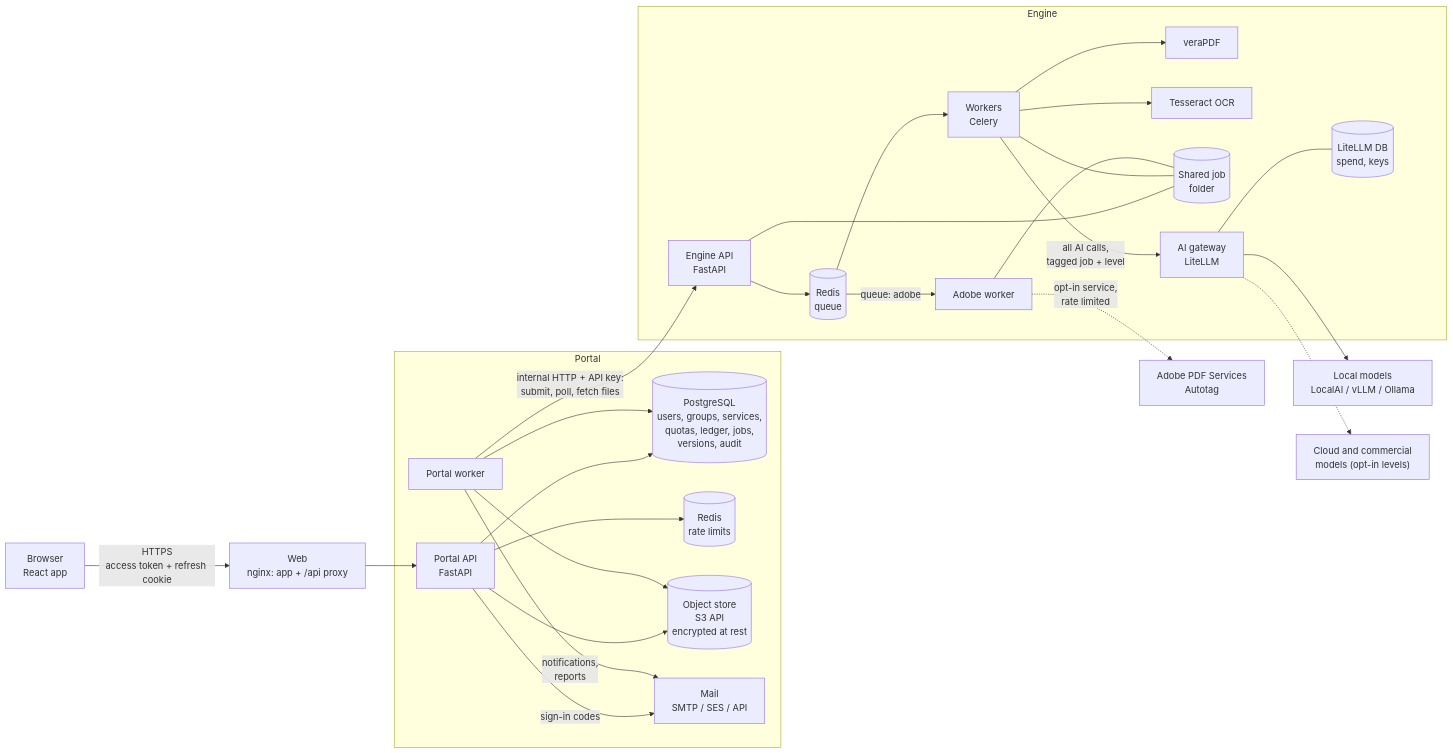
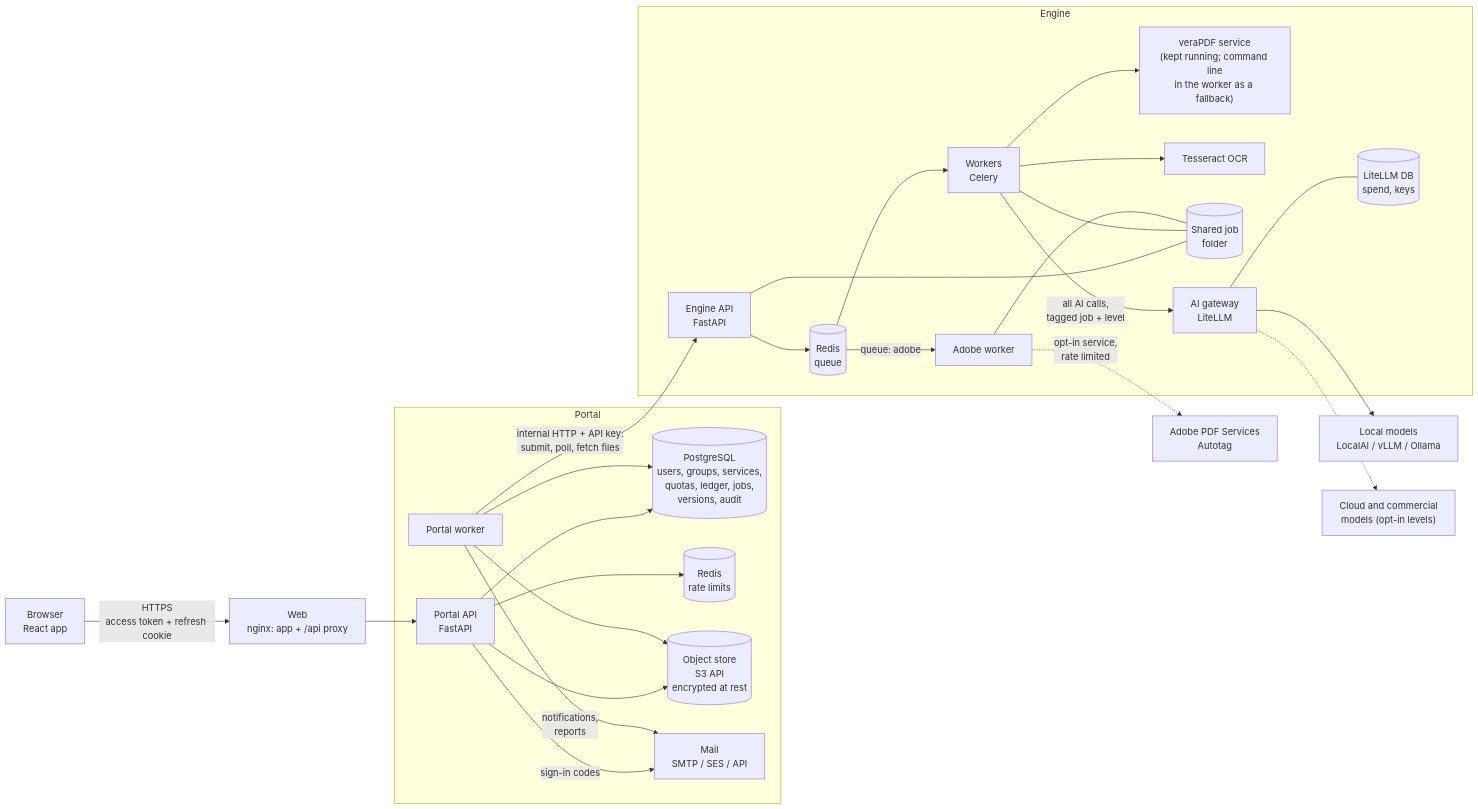
One commit to buffcleb/pdf-accessibility-remediation changed the diagram in docs/architecture/README.md. Above: the diagram before and after it, drawn with Mermaid. The commit also changed other lines of this file and 390 other files, not shown here.

````diff
--- a/docs/architecture/README.md
+++ b/docs/architecture/README.md
@@ -30,30 +30,30 @@
 ```mermaid
 flowchart LR
   B["Browser<br/>React app"] -- "HTTPS<br/>access token + refresh cookie" --> WEB["Web<br/>nginx: app + /api proxy"]
   WEB --> API["Portal API<br/>FastAPI"]
   subgraph Portal ["Portal"]
     API --> DB[("PostgreSQL<br/>users, groups, services,<br/>quotas, ledger, jobs,<br/>versions, audit")]
     API --> RP[("Redis<br/>rate limits")]
     API --> S3[("Object store<br/>S3 API<br/>encrypted at rest")]
     PW["Portal worker"] --> DB
     PW --> S3
     API -- "sign-in codes" --> MAIL["Mail<br/>SMTP / SES / API"]
     PW -- "notifications,<br/>reports" --> MAIL
   end
   PW -- "internal HTTP + API key:<br/>submit, poll, fetch files" --> EAPI
   subgraph Engine ["Engine"]
     EAPI["Engine API<br/>FastAPI"] --> ER[("Redis<br/>queue")]
     ER --> EW["Workers<br/>Celery"]
     ER -- "queue: adobe" --> AW["Adobe worker"]
-    EW --> VP["veraPDF"]
+    EW --> VP["veraPDF service<br/>(kept running; command line<br/>in the worker as a fallback)"]
     EW --> TS["Tesseract OCR"]
     EAPI --- JS[("Shared job<br/>folder")]
     EW --- JS
     AW --- JS
     EW -- "all AI calls,<br/>tagged job + level" --> GW["AI gateway<br/>LiteLLM"]
     GW --- GDB[("LiteLLM DB<br/>spend, keys")]
   end
   GW --> LOC["Local models<br/>LocalAI / vLLM / Ollama"]
   GW -.-> CLOUD["Cloud and commercial<br/>models (opt-in levels)"]
   AW -. "opt-in service,<br/>rate limited" .-> ADOBE["Adobe PDF Services<br/>Autotag"]
 ```
````
